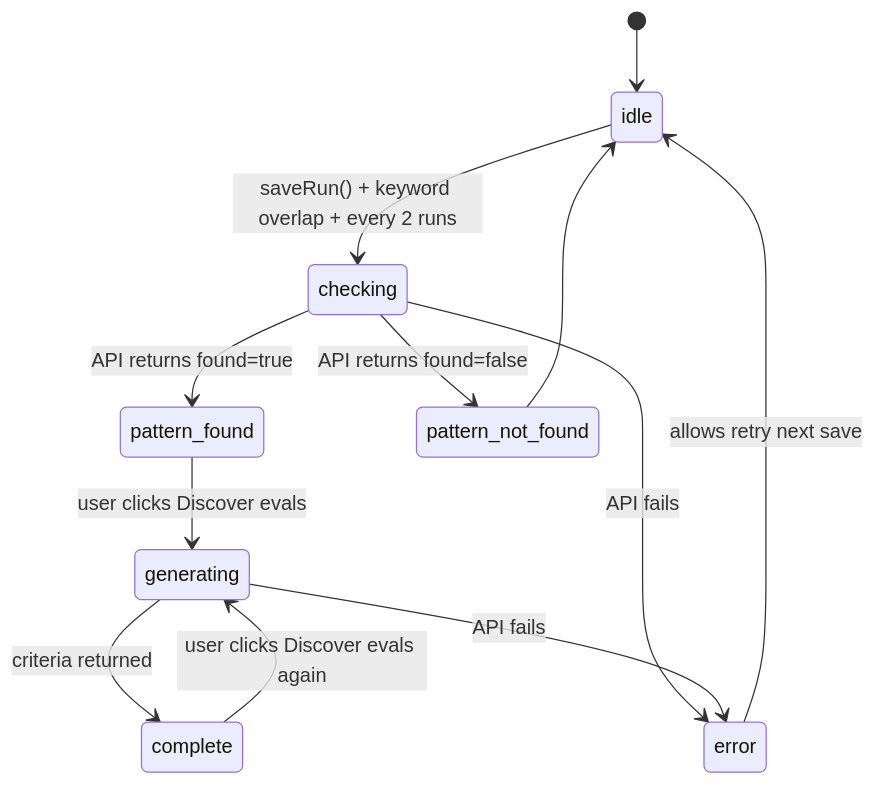
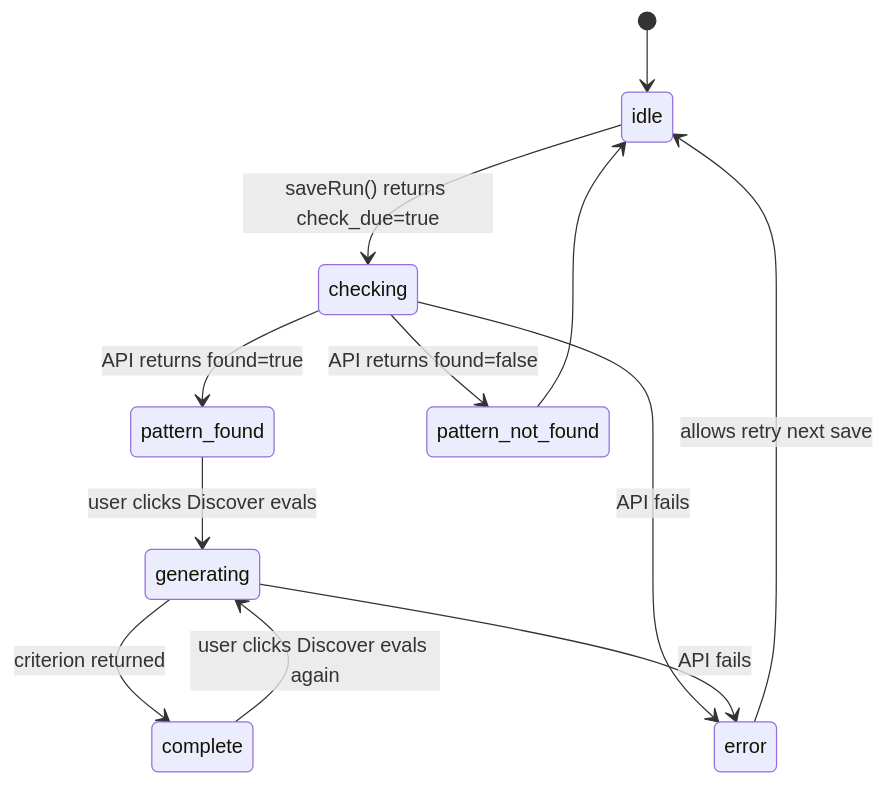
One commit to harikrshm/Eval-Discovery changed the fifth of 5 diagrams in docs/ARCHITECTURE.md. Above: the diagram before and after it, drawn with Mermaid. The commit also changed other lines of this file and 1 other file, not shown here.

First line of the commit message:
docs: persisted agent-ready architecture, README and deploy notes

````diff
--- a/docs/ARCHITECTURE.md
+++ b/docs/ARCHITECTURE.md
@@ -252,14 +308,14 @@
 ```mermaid
 stateDiagram-v2
     [*] --> idle
-    idle --> checking : saveRun() + keyword overlap + every 2 runs
+    idle --> checking : saveRun() returns check_due=true
     checking --> pattern_found : API returns found=true
     checking --> pattern_not_found : API returns found=false
     checking --> error : API fails
     error --> idle : allows retry next save
     pattern_not_found --> idle
     pattern_found --> generating : user clicks Discover evals
-    generating --> complete : criteria returned
+    generating --> complete : criterion returned
     generating --> error : API fails
     complete --> generating : user clicks Discover evals again
 ```
````
